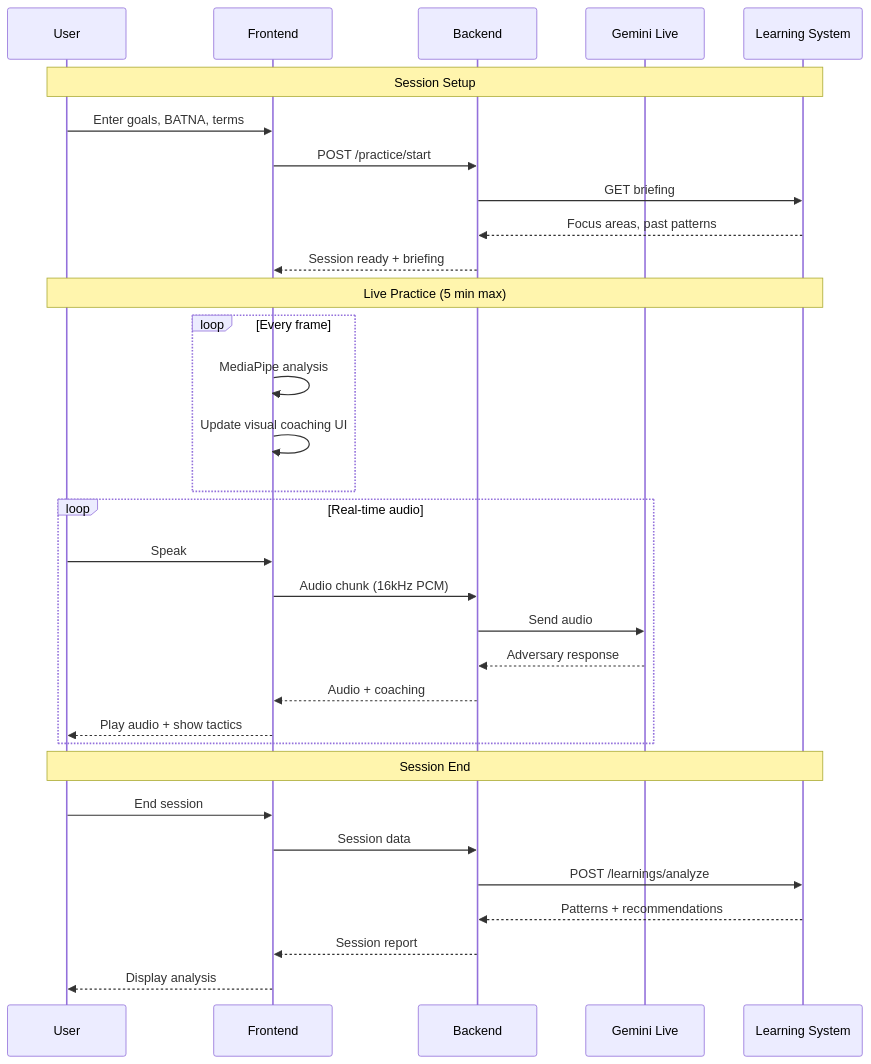
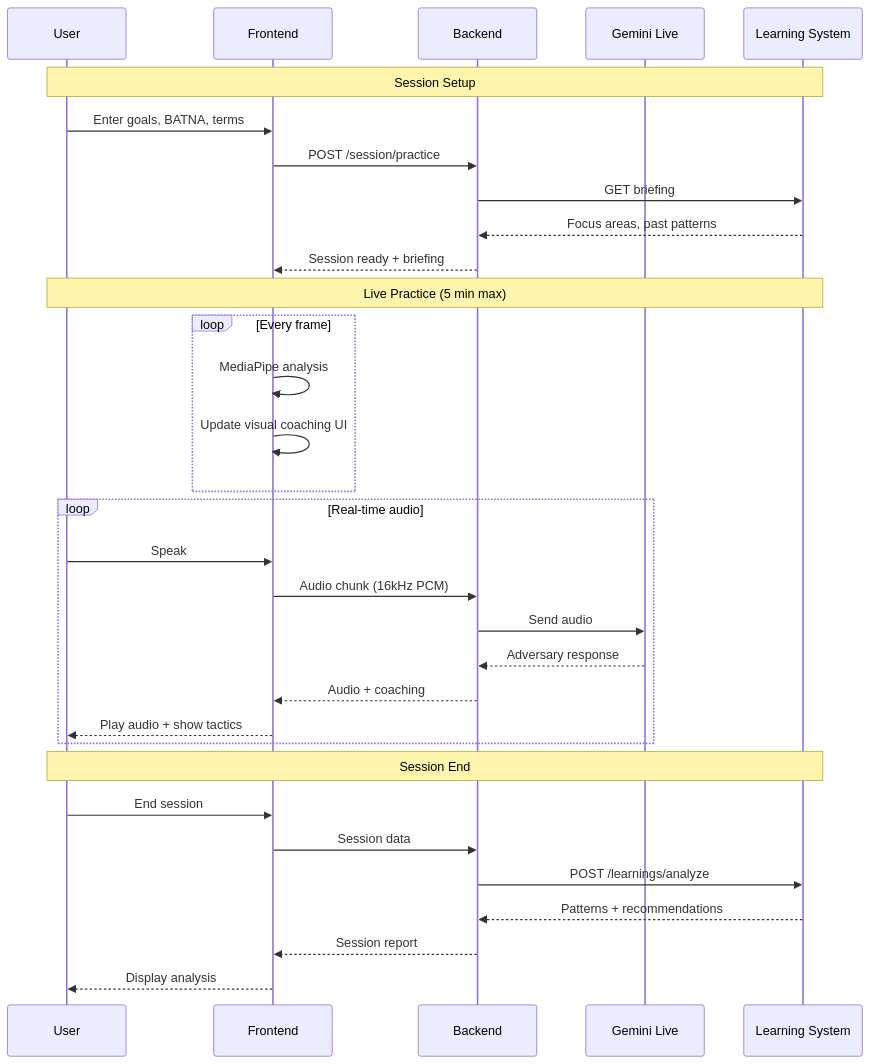
One commit to mmoussaif/devpost-google changed the third of 15 diagrams in AGENTS.md. Above: the diagram before and after it, drawn with Mermaid. The commit also changed other lines of this file and 4 other files, not shown here.

````diff
--- a/AGENTS.md
+++ b/AGENTS.md
@@ -117,38 +120,38 @@
 ```mermaid
 sequenceDiagram
     participant U as User
     participant F as Frontend
     participant B as Backend
     participant G as Gemini Live
     participant L as Learning System
 
     Note over U,L: Session Setup
     U->>F: Enter goals, BATNA, terms
-    F->>B: POST /practice/start
+    F->>B: POST /session/practice
     B->>L: GET briefing
     L-->>B: Focus areas, past patterns
     B-->>F: Session ready + briefing
 
     Note over U,L: Live Practice (5 min max)
     loop Every frame
         F->>F: MediaPipe analysis
         F->>F: Update visual coaching UI
     end
 
     loop Real-time audio
         U->>F: Speak
         F->>B: Audio chunk (16kHz PCM)
         B->>G: Send audio
         G-->>B: Adversary response
         B-->>F: Audio + coaching
         F-->>U: Play audio + show tactics
     end
 
     Note over U,L: Session End
     U->>F: End session
     F->>B: Session data
     B->>L: POST /learnings/analyze
     L-->>B: Patterns + recommendations
     B-->>F: Session report
     F-->>U: Display analysis
 ```
````
